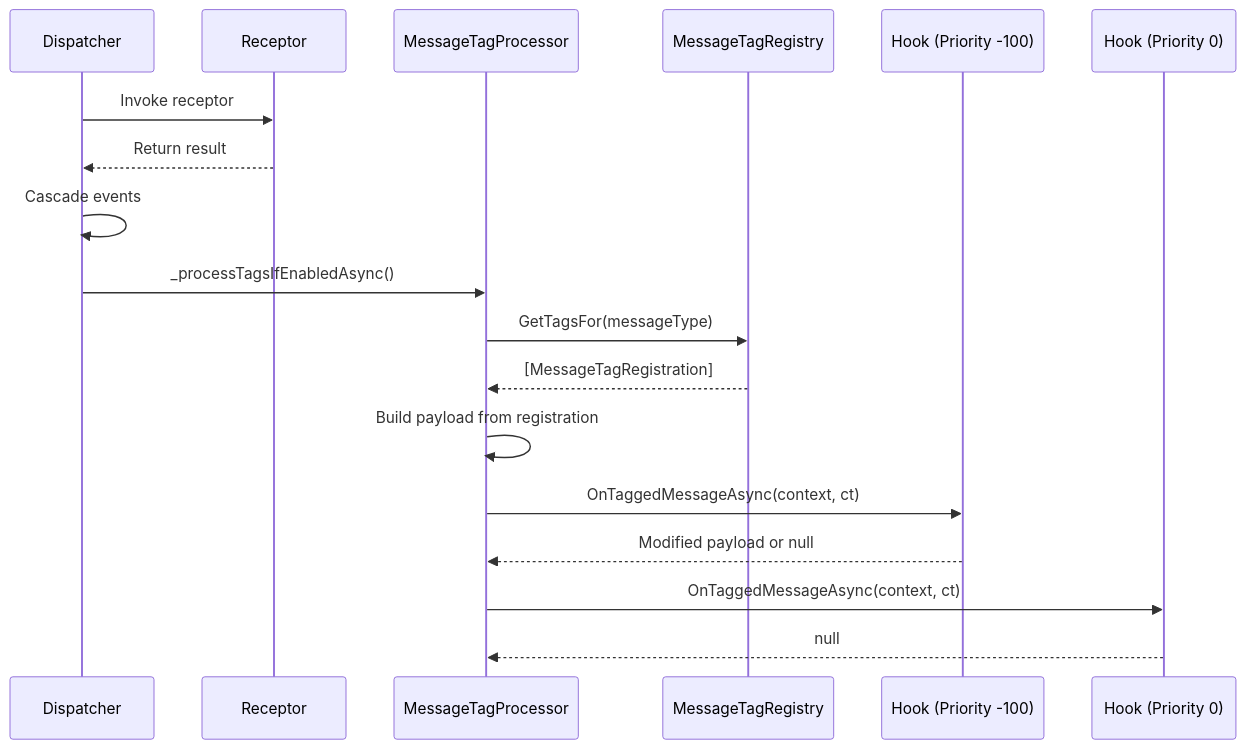
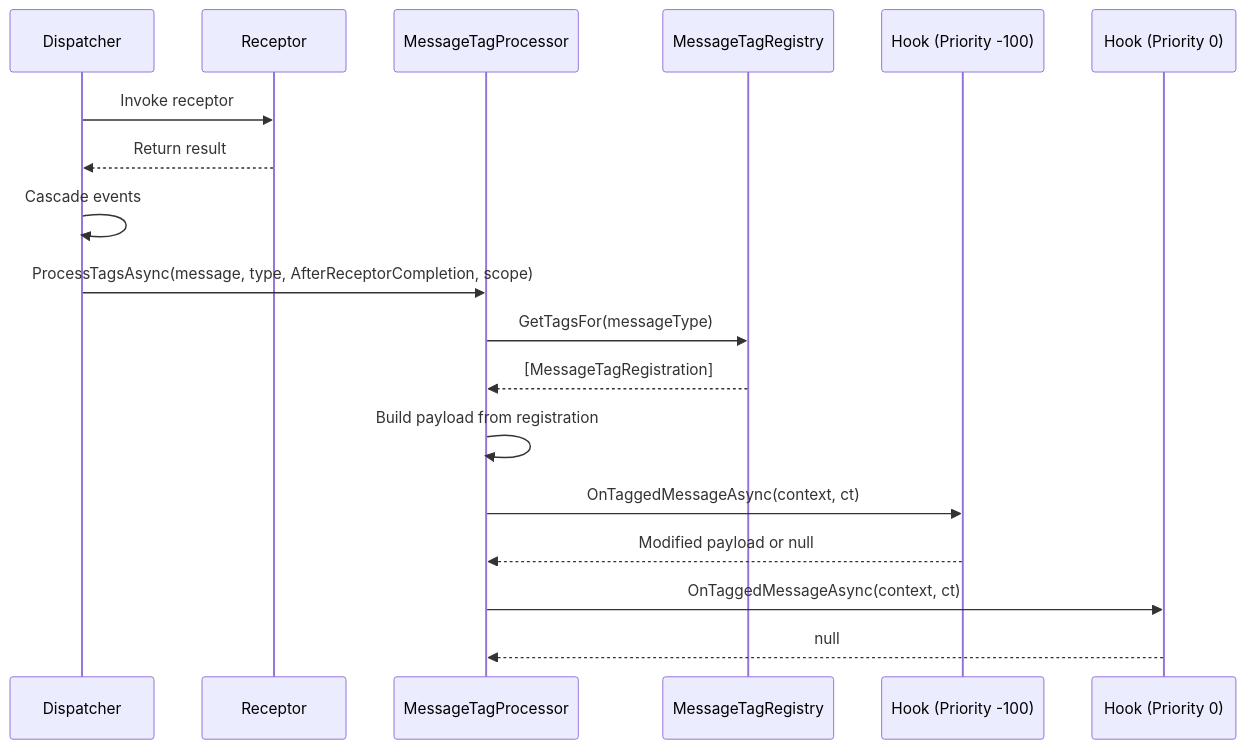
Before and after one commit to whizbang-lib/whizbang-lib.github.io: the second of 2 diagrams in src/assets/docs/v1.0.0/fundamentals/messages/message-tags.md, drawn with Mermaid. The commit also changed other lines of this file and 13 other files, not shown here.

````diff
--- a/src/assets/docs/v1.0.0/fundamentals/messages/message-tags.md
+++ b/src/assets/docs/v1.0.0/fundamentals/messages/message-tags.md
@@ -232,21 +265,21 @@
-```mermaid
+```mermaid{title="Tag hook execution sequence" description="After the receptor returns and cascade events run, the dispatcher calls ProcessTagsAsync, which queries the registry and invokes hooks in priority order."}
 sequenceDiagram
     participant D as Dispatcher
     participant R as Receptor
     participant P as MessageTagProcessor
     participant Reg as MessageTagRegistry
     participant H1 as Hook (Priority -100)
     participant H2 as Hook (Priority 0)
 
     D->>R: Invoke receptor
     R-->>D: Return result
     D->>D: Cascade events
-    D->>P: _processTagsIfEnabledAsync()
+    D->>P: ProcessTagsAsync(message, type, AfterReceptorCompletion, scope)
     P->>Reg: GetTagsFor(messageType)
     Reg-->>P: [MessageTagRegistration]
     P->>P: Build payload from registration
     P->>H1: OnTaggedMessageAsync(context, ct)
     H1-->>P: Modified payload or null
     P->>H2: OnTaggedMessageAsync(context, ct)
     H2-->>P: null
 ```
````
